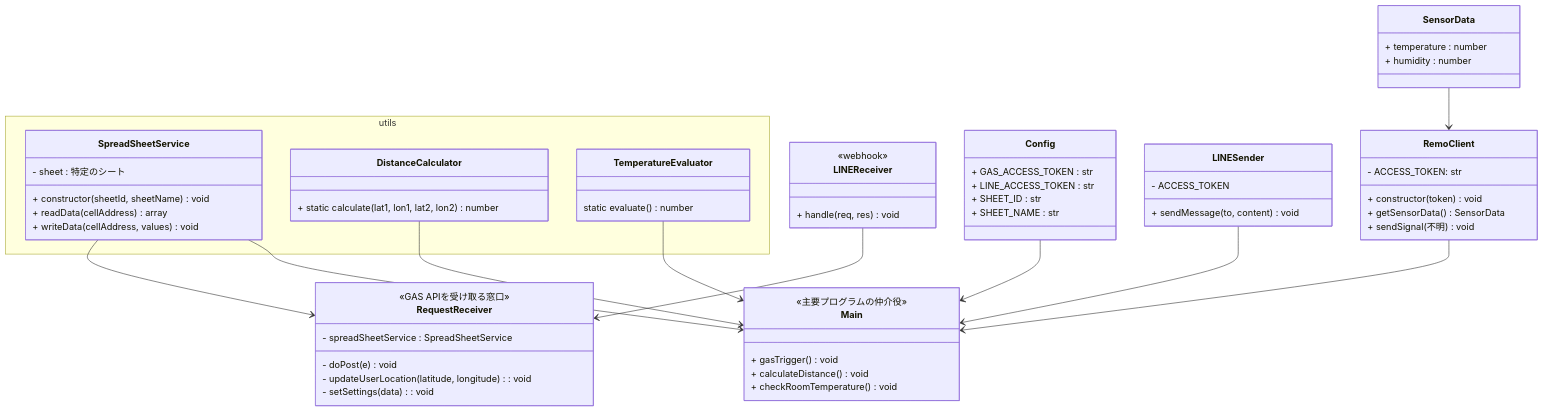
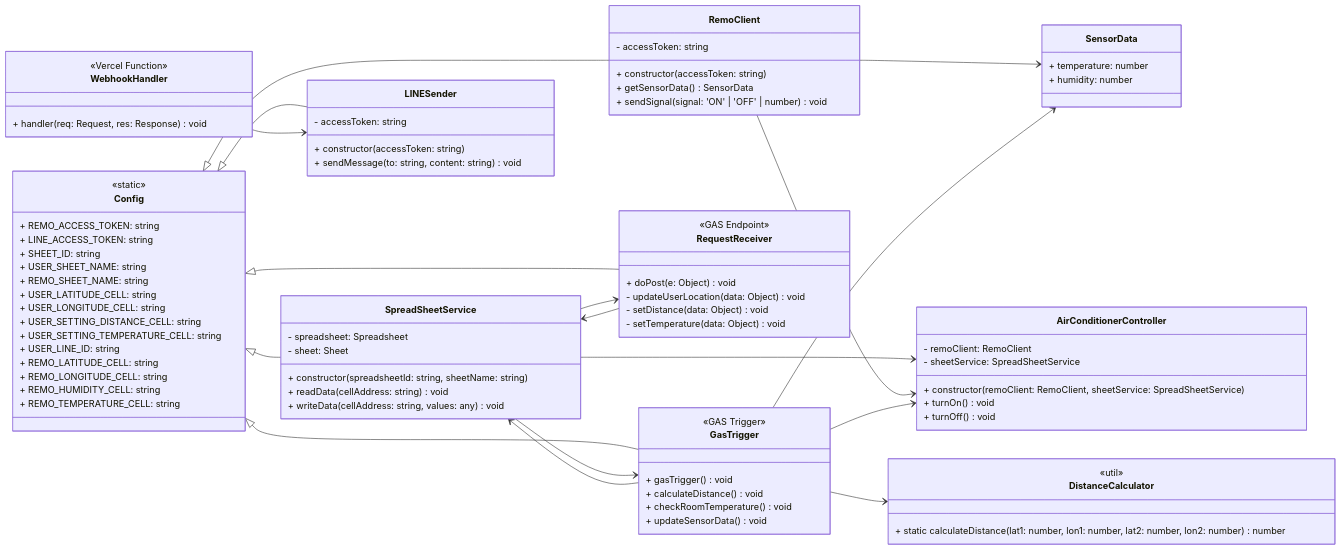
Before and after one commit to Yuffter/LINE-App-Test: the diagram in architectures/class.md, drawn with Mermaid. The commit also changed 2 other files, not shown here.

Commit message:
クラス図とシーケンス図を更新

````diff
--- a/architectures/class.md
+++ b/architectures/class.md
@@ -1,67 +1,105 @@
 ```mermaid
 classDiagram
-    SensorData --> RemoClient
-    RemoClient --> Main
-    SpreadSheetService --> Main
-    LINEReceiver --> RequestReceiver
-    SpreadSheetService --> RequestReceiver
-    DistanceCalculator --> Main
-    Config --> Main
-    LINESender --> Main
-    TemperatureEvaluator --> Main
-    namespace utils {
-        class SpreadSheetService {
-            - sheet : 特定のシート
-            + constructor(sheetId, sheetName) void
-            + readData(cellAddress) array
-            + writeData(cellAddress, values) void
+    direction LR
+
+    class Config {
+        <<static>>
+        + REMO_ACCESS_TOKEN: string
+        + LINE_ACCESS_TOKEN: string
+        + SHEET_ID: string
+        + USER_SHEET_NAME: string
+        + REMO_SHEET_NAME: string
+        + USER_LATITUDE_CELL: string
+        + USER_LONGITUDE_CELL: string
+        + USER_SETTING_DISTANCE_CELL: string
+        + USER_SETTING_TEMPERATURE_CELL: string
+        + USER_LINE_ID: string
+        + REMO_LATITUDE_CELL: string
+        + REMO_LONGITUDE_CELL: string
+        + REMO_HUMIDITY_CELL: string
+        + REMO_TEMPERATURE_CELL: string
     }
+
+    class SpreadSheetService {
+        - spreadsheet: Spreadsheet
+        - sheet: Sheet
+        + constructor(spreadsheetId: string, sheetName: string)
+        + readData(cellAddress: string) void
+        + writeData(cellAddress: string, values: any) void
     }
+
     class RemoClient {
-        - ACCESS_TOKEN: str
-        + constructor(token) void
+        - accessToken: string
+        + constructor(accessToken: string)
         + getSensorData() SensorData
-        + sendSignal(不明) void
+        + sendSignal(signal: 'ON' | 'OFF' | number) void
     }
+
     class SensorData {
-        + temperature : number
-        + humidity : number
+        + temperature: number
+        + humidity: number
     }
-    class LINEReceiver {
-        <<webhook>>
-        + handle(req, res) void
+
+    class DistanceCalculator {
+        <<util>>
+        + static calculateDistance(lat1: number, lon1: number, lat2: number, lon2: number) number
     }
-    class Main {
-        <<主要プログラムの仲介役>>
+
+    class LINESender {
+        - accessToken: string
+        + constructor(accessToken: string)
+        + sendMessage(to: string, content: string) void
+    }
+
+    class RequestReceiver {
+        <<GAS Endpoint>>
+        + doPost(e: Object) void
+        - updateUserLocation(data: Object) void
+        - setDistance(data: Object) void
+        - setTemperature(data: Object) void
+    }
+
+    class WebhookHandler {
+        <<Vercel Function>>
+        + handler(req: Request, res: Response) void
+    }
+
+    class AirConditionerController {
+        - remoClient: RemoClient
+        - sheetService: SpreadSheetService
+        + constructor(remoClient: RemoClient, sheetService: SpreadSheetService)
+        + turnOn() void
+        + turnOff() void
+    }
+
+    class GasTrigger {
+        <<GAS Trigger>>
         + gasTrigger() void
         + calculateDistance() void
         + checkRoomTemperature() void
+        + updateSensorData() void
     }
-    class RequestReceiver {
-        <<GAS APIを受け取る窓口>>
-        - spreadSheetService : SpreadSheetService
-        - doPost(e) void
-        - updateUserLocation(latitude, longitude) : void
-        - setSettings(data) : void
-    }
-    class LINESender {
-        - ACCESS_TOKEN
-        + sendMessage(to, content) void
-    }
-    class Config {
-        + GAS_ACCESS_TOKEN : str
-        + LINE_ACCESS_TOKEN : str
-        + SHEET_ID : str
-        + SHEET_NAME : str
-    }
-    namespace utils {
-        class DistanceCalculator {
-        + static calculate(lat1, lon1, lat2, lon2) number
-        }
-    }
-    namespace utils {
-        class TemperatureEvaluator {
-            static evaluate() number
-        }
-    }
+
+    %% 関連性
+    Config <|-- RemoClient
+    Config <|-- SpreadSheetService
+    Config <|-- RequestReceiver
+    Config <|-- LINESender
+    Config <|-- GasTrigger
+
+    SpreadSheetService --> RequestReceiver
+    SpreadSheetService --> GasTrigger
+    SpreadSheetService --> AirConditionerController
+
+    RemoClient --> SensorData
+    RemoClient --> AirConditionerController
+
+    GasTrigger --> DistanceCalculator
+    GasTrigger --> AirConditionerController
+    GasTrigger --> SensorData
+    GasTrigger --> SpreadSheetService
+
+    RequestReceiver --> SpreadSheetService
+
+    WebhookHandler --> LINESender
 ```
````
